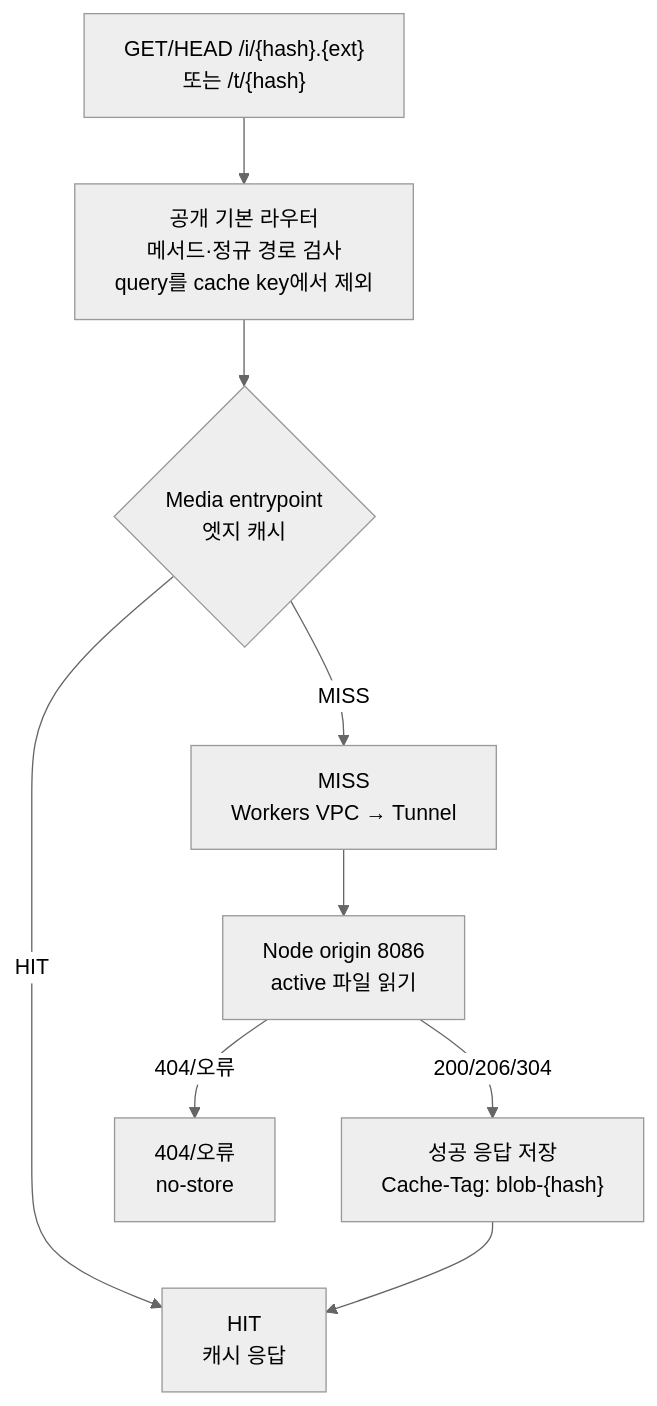
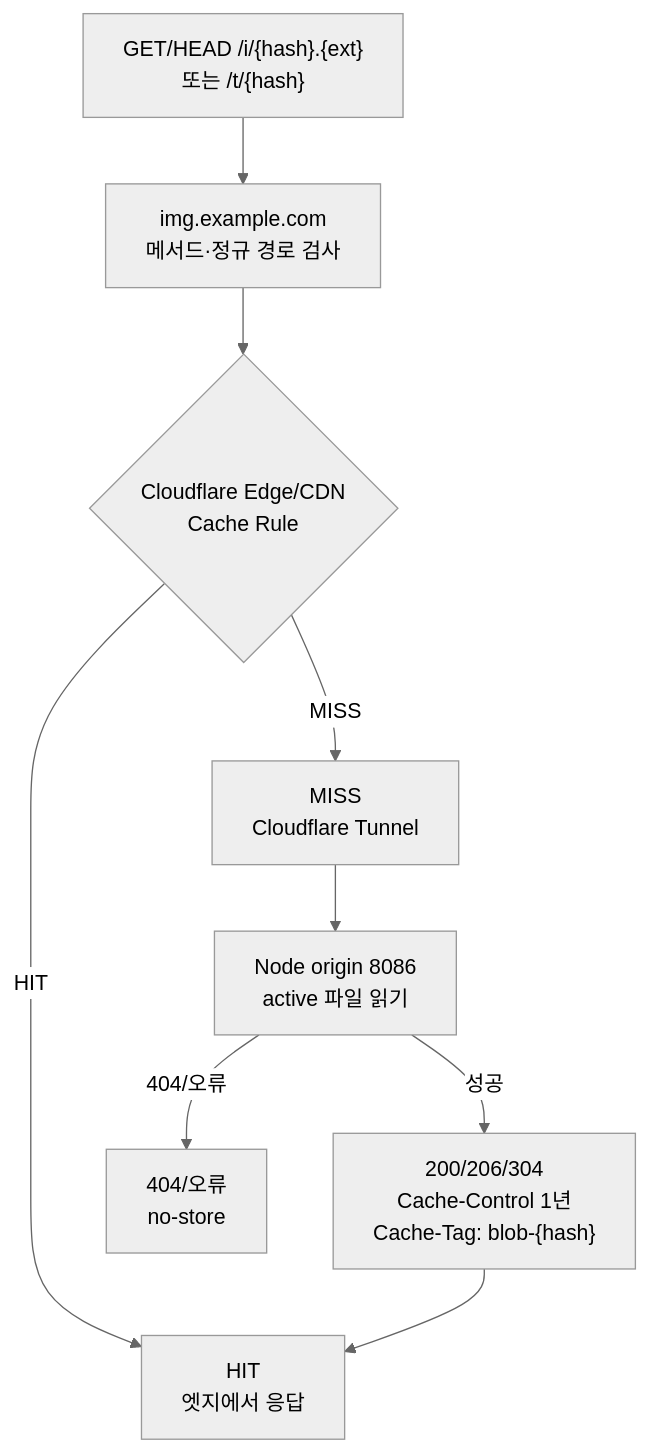
The second of 4 diagrams in docs/architecture.md (octopus7/meme), drawn with Mermaid (neutral theme) before and after one commit. The commit also changed other lines of this file and 33 other files, not shown here.

````diff
--- a/docs/architecture.md
+++ b/docs/architecture.md
@@ -71,18 +55,17 @@
 ```mermaid
 flowchart TD
     Q["GET/HEAD /i/{hash}.{ext}<br/>또는 /t/{hash}"]
-    R["공개 기본 라우터<br/>메서드·정규 경로 검사<br/>query를 cache key에서 제외"]
-    C{"Media entrypoint<br/>엣지 캐시"}
-    H["HIT<br/>캐시 응답"]
-    V["MISS<br/>Workers VPC → Tunnel"]
+    R["img.example.com<br/>메서드·정규 경로 검사"]
+    C{"Cloudflare Edge/CDN<br/>Cache Rule"}
+    H["HIT<br/>엣지에서 응답"]
+    V["MISS<br/>Cloudflare Tunnel"]
     O["Node origin 8086<br/>active 파일 읽기"]
-    E["성공 응답 저장<br/>Cache-Tag: blob-{hash}"]
+    E["200/206/304<br/>Cache-Control 1년<br/>Cache-Tag: blob-{hash}"]
     N["404/오류<br/>no-store"]
 
     Q --> R --> C
-    C -->|HIT| H
-    C -->|MISS| V --> O
-    O -->|200/206/304| E
-    O -->|404/오류| N
-    E --> H
+    C -->|"HIT"| H
+    C -->|"MISS"| V --> O
+    O -->|"성공"| E --> H
+    O -->|"404/오류"| N
 ```
````
